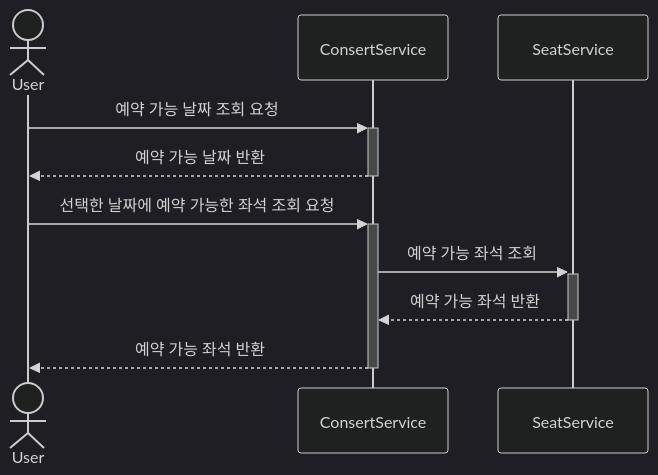
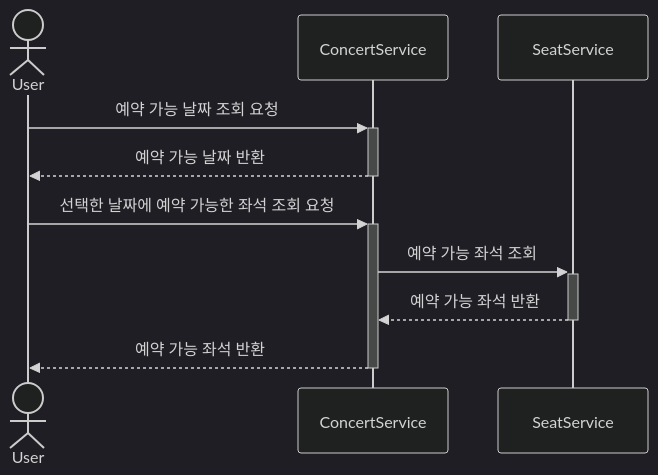
The second of 5 diagrams in README.md (HitMi0212/concert-reservation), drawn with Mermaid (dark theme) before and after one commit. The commit also changed other lines of this file, not shown here.

````diff
--- a/README.md
+++ b/README.md
@@ -32,12 +32,12 @@
 ```mermaid
 sequenceDiagram
   Actor U as User
-  participant C as ConsertService
+  participant C as ConcertService
   participant S as SeatService
   U->>+C: 예약 가능 날짜 조회 요청
   C-->>-U: 예약 가능 날짜 반환
   U->>+C: 선택한 날짜에 예약 가능한 좌석 조회 요청
   C->>+S: 예약 가능 좌석 조회
   S-->>-C: 예약 가능 좌석 반환
   C-->>-U: 예약 가능 좌석 반환
 ```
````
